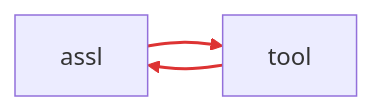
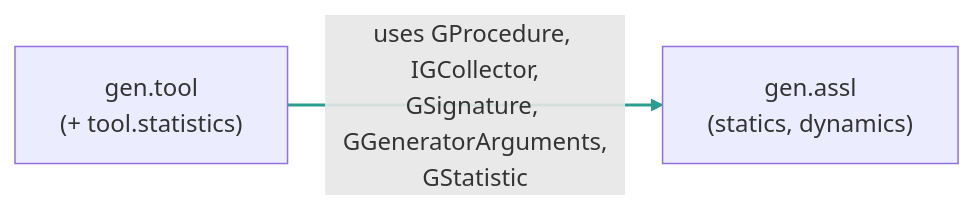
One commit to useocl/use changed the eighth of 12 diagrams in README_nghiabt_notes_on_this_pr/nghiabt_notes_on_this_pr.md. Above: the diagram before and after it, drawn with Mermaid. The commit also changed other lines of this file and 21 other files, not shown here.

````diff
--- a/README_nghiabt_notes_on_this_pr/nghiabt_notes_on_this_pr.md
+++ b/README_nghiabt_notes_on_this_pr/nghiabt_notes_on_this_pr.md
@@ -188,8 +230,5 @@
 ```mermaid
 flowchart LR
-    assl["assl"]
-    tool["tool"]
-    assl --> tool
-    tool --> assl
-    linkStyle 0,1 stroke:#d33,stroke-width:2px
+    tool["gen.tool<br/>(+ tool.statistics)"] -->|"uses GProcedure, IGCollector,<br/>GSignature, GGeneratorArguments,<br/>GStatistic"| assl["gen.assl<br/>(statics, dynamics)"]
+    linkStyle 0 stroke:#2a9d8f,stroke-width:2px
 ```
````
